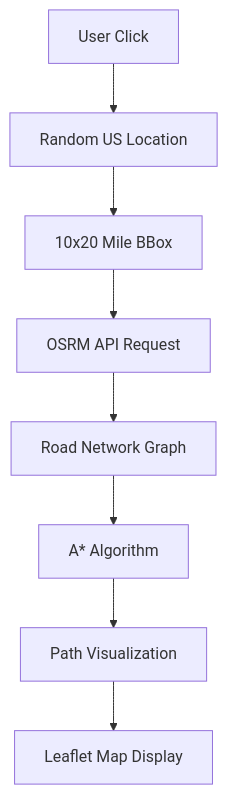
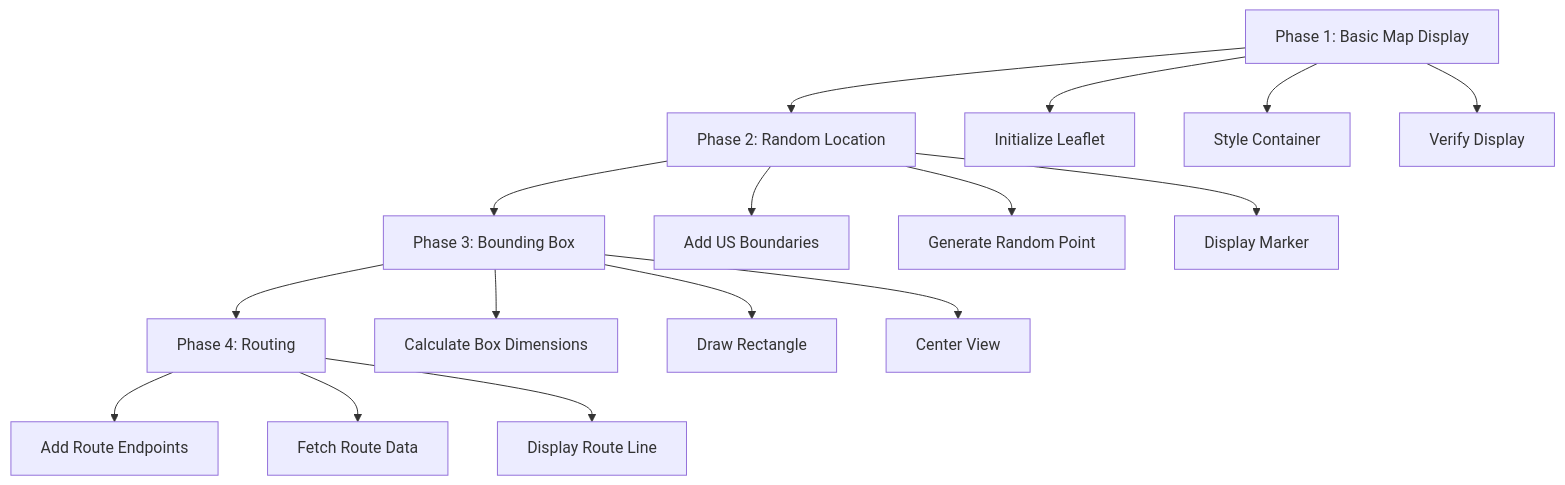
One commit to gustavorubim/astar changed the diagram in map_integration_plan.md. Above: the diagram before and after it, drawn with Mermaid. The commit also changed other lines of this file and 3 other files, not shown here.

Commit message:
retract to just implement the simple random map selection

````diff
--- a/map_integration_plan.md
+++ b/map_integration_plan.md
@@ -4,10 +7,22 @@
 ```mermaid
-graph TD
-    A[User Click] --> B[Random US Location]
-    B --> C[10x20 Mile BBox]
-    C --> D[OSRM API Request]
-    D --> E[Road Network Graph]
-    E --> F[A* Algorithm]
-    F --> G[Path Visualization]
-    G --> H[Leaflet Map Display]
+flowchart TD
+    A[Phase 1: Basic Map Display] --> B[Phase 2: Random Location]
+    B --> C[Phase 3: Bounding Box]
+    C --> D[Phase 4: Routing]
+    
+    A --> A1[Initialize Leaflet]
+    A --> A2[Style Container]
+    A --> A3[Verify Display]
+    
+    B --> B1[Add US Boundaries]
+    B --> B2[Generate Random Point]
+    B --> B3[Display Marker]
+    
+    C --> C1[Calculate Box Dimensions]
+    C --> C2[Draw Rectangle]
+    C --> C3[Center View]
+    
+    D --> D1[Add Route Endpoints]
+    D --> D2[Fetch Route Data]
+    D --> D3[Display Route Line]
 ```
````
